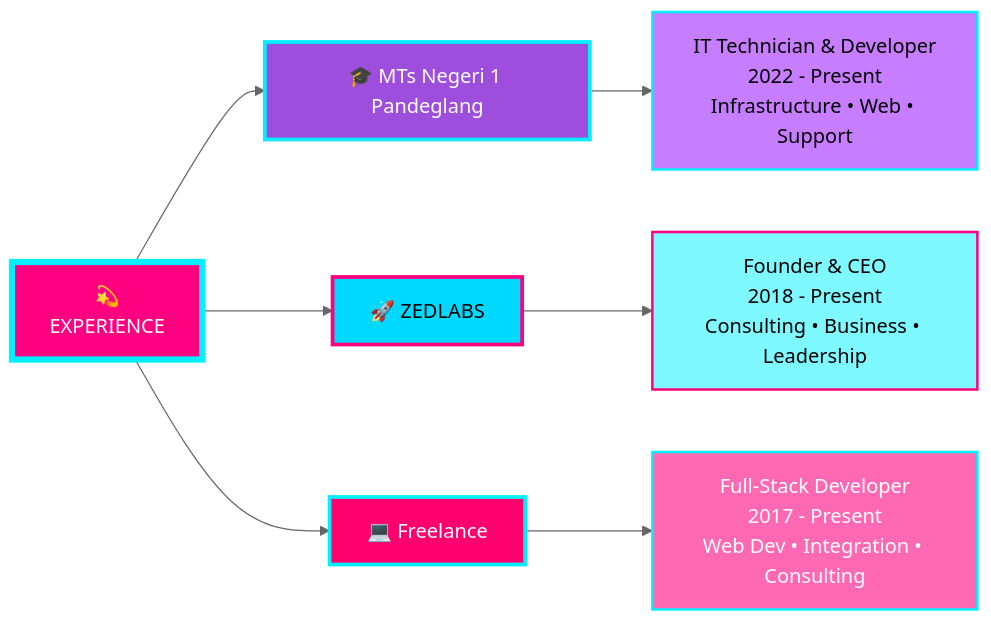
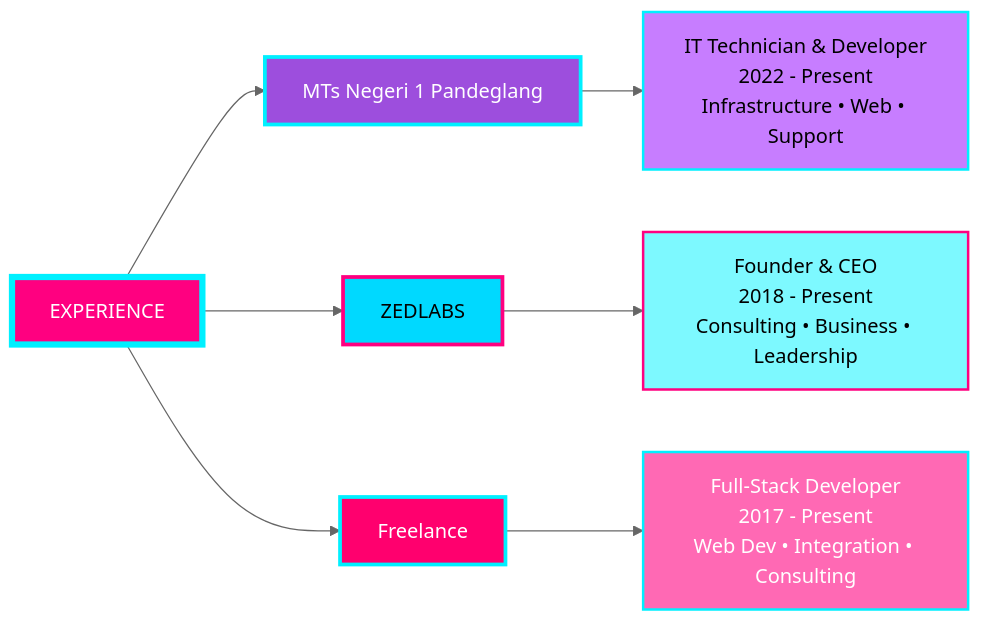
One commit to zulfikriyahya/zulfikriyahya changed the first of 2 diagrams in README.mdx. Above: the diagram before and after it, drawn with Mermaid (neutral theme).

````diff
--- a/README.mdx
+++ b/README.mdx
@@ -141,29 +141,29 @@
 ```mermaid
 graph LR
-    START["💫<br/>EXPERIENCE"]
+    START["EXPERIENCE"]
 
-    A["🎓 MTs Negeri 1 Pandeglang"]
+    A["MTs Negeri 1 Pandeglang"]
     A1["IT Technician & Developer<br/>2022 - Present<br/>Infrastructure • Web • Support"]
 
-    B["🚀 ZEDLABS"]
+    B["ZEDLABS"]
     B1["Founder & CEO<br/>2018 - Present<br/>Consulting • Business • Leadership"]
 
-    C["💻 Freelance"]
+    C["Freelance"]
     C1["Full-Stack Developer<br/>2017 - Present<br/>Web Dev • Integration • Consulting"]
 
     START --> A
     START --> B
     START --> C
 
     A --> A1
     B --> B1
     C --> C1
 
     style START fill:#FF0080,stroke:#00F0FF,stroke-width:5px,color:#fff
     style A fill:#9D4EDD,stroke:#00F0FF,stroke-width:3px,color:#fff
     style B fill:#00D9FF,stroke:#FF0080,stroke-width:3px,color:#000
     style C fill:#FF006E,stroke:#00F0FF,stroke-width:3px,color:#fff
     style A1 fill:#C77DFF,stroke:#00F0FF,stroke-width:2px,color:#000
     style B1 fill:#7DF9FF,stroke:#FF0080,stroke-width:2px,color:#000
     style C1 fill:#FF69B4,stroke:#00F0FF,stroke-width:2px,color:#fff
 ```
````
